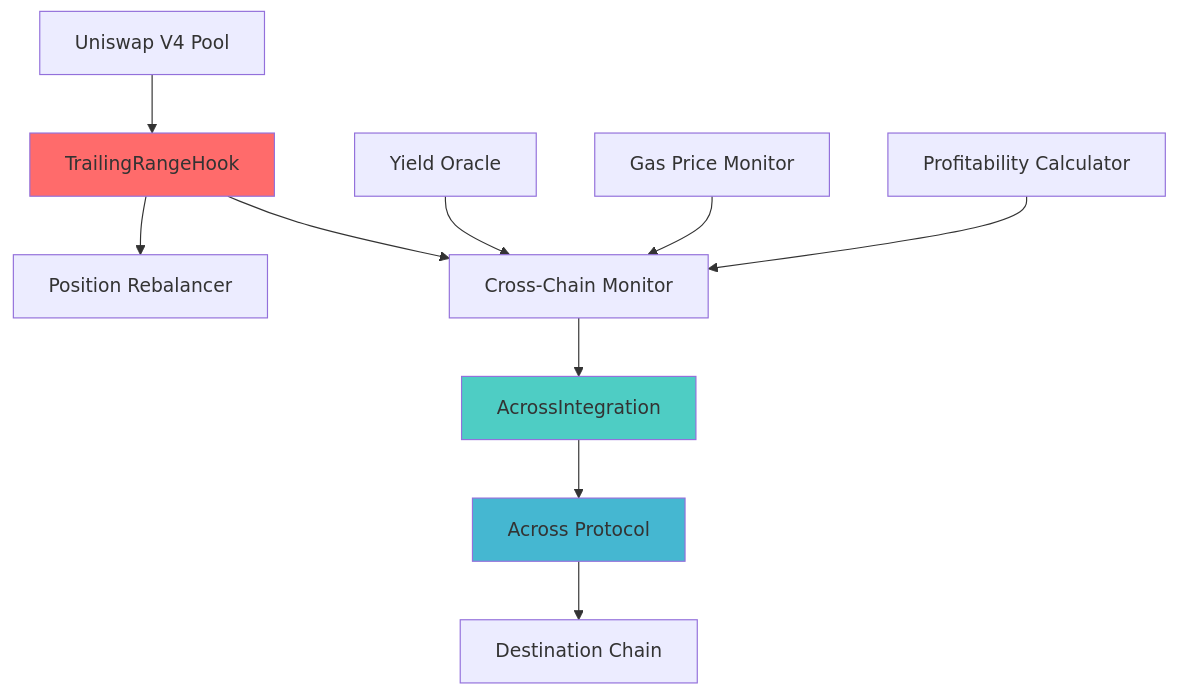
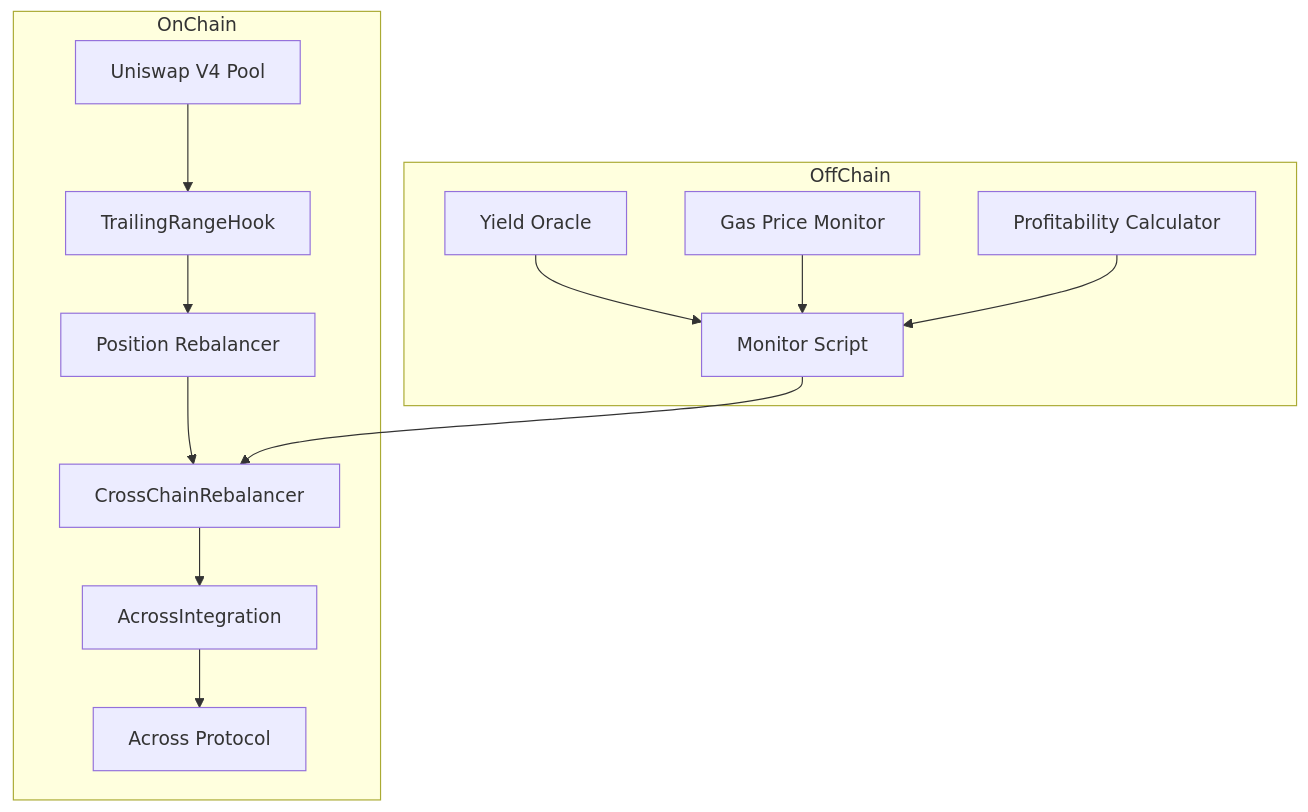
The first of 5 diagrams in xrange/README.md (pranshurastogi/Uniswap-CCTR), drawn with Mermaid before and after one commit. The commit also changed other lines of this file and 82 other files, not shown here.

````diff
--- a/xrange/README.md
+++ b/xrange/README.md
@@ -30,17 +27,26 @@
 ```mermaid
-graph TB
-    A[Uniswap V4 Pool] --> B[TrailingRangeHook]
-    B --> C[Position Rebalancer]
-    B --> D[Cross-Chain Monitor]
-    D --> E[AcrossIntegration]
-    E --> F[Across Protocol]
-    F --> G[Destination Chain]
-    
-    H[Yield Oracle] --> D
-    I[Gas Price Monitor] --> D
-    J[Profitability Calculator] --> D
-    
-    style B fill:#ff6b6b
-    style E fill:#4ecdc4
-    style F fill:#45b7d1
+graph TD
+    subgraph OnChain
+        A[Uniswap V4 Pool]
+        B[TrailingRangeHook]
+        C[Position Rebalancer]
+        D[CrossChainRebalancer]
+        E[AcrossIntegration]
+        F[Across Protocol]
+    end
+    subgraph OffChain
+        G[Monitor Script]
+        H[Yield Oracle]
+        I[Gas Price Monitor]
+        J[Profitability Calculator]
+    end
+    A --> B
+    B --> C
+    C --> D
+    D --> E
+    E --> F
+    G --> D
+    H --> G
+    I --> G
+    J --> G
 ```
````
